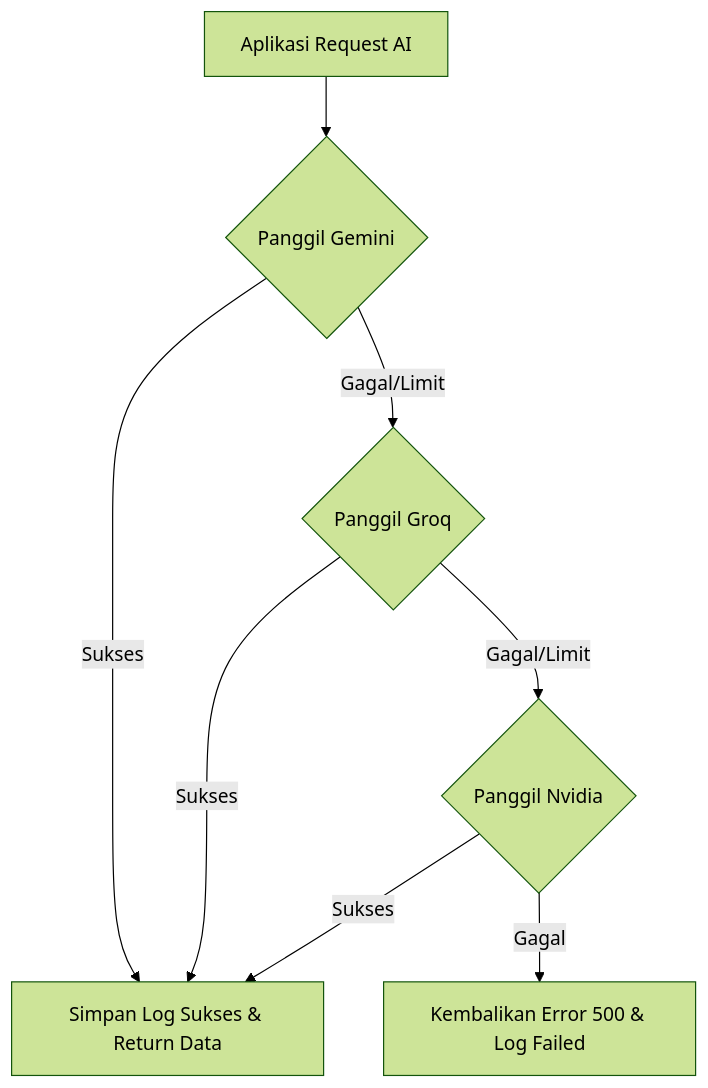
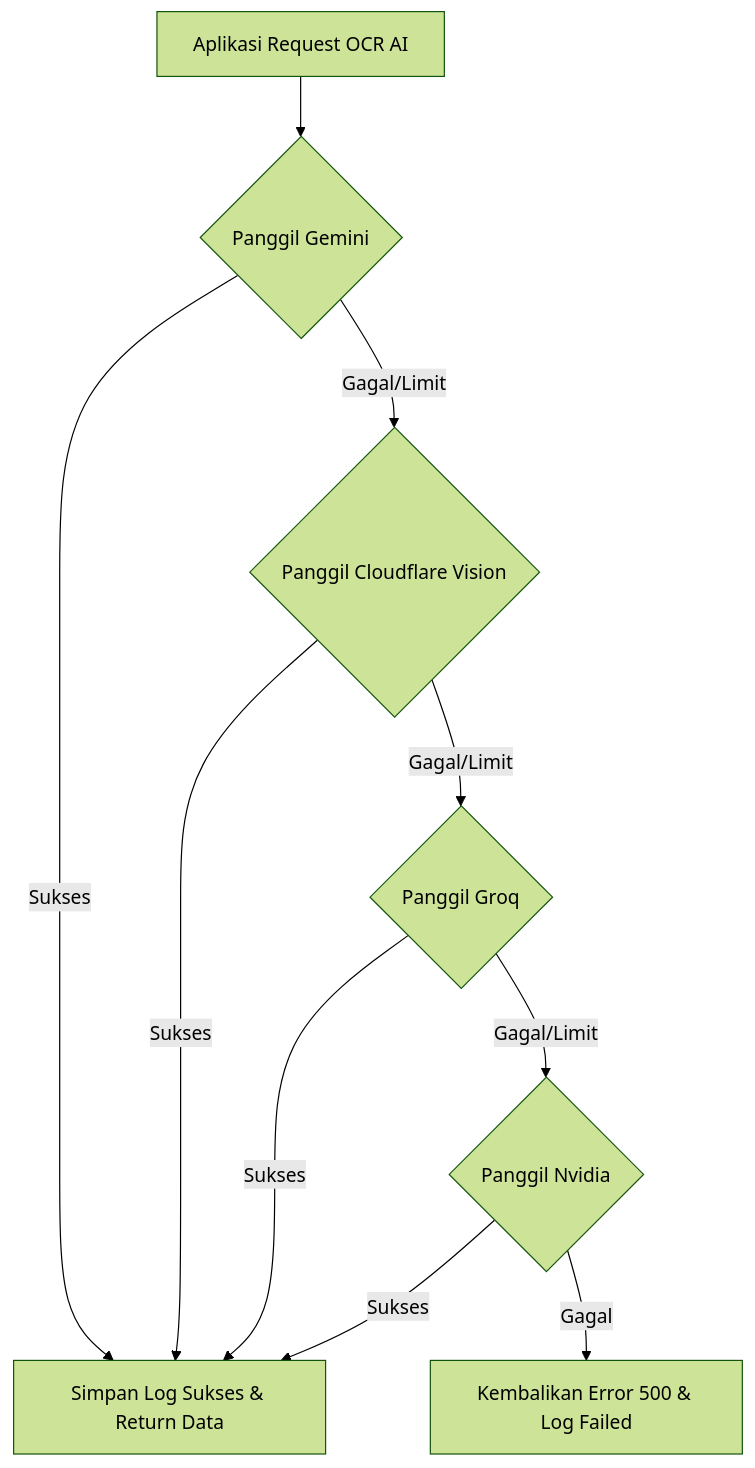
Before and after one commit to itzluthfi/KEUANGANKU: the second of 2 diagrams in README.md, drawn with Mermaid (forest theme). The commit also changed other lines of this file, not shown here.

Commit message:
Update root README.md to document Cerebras and Cloudflare Workers AI integration

````diff
--- a/README.md
+++ b/README.md
@@ -104,10 +125,12 @@
 ```mermaid
 graph TD
-    A[Aplikasi Request AI] --> B{Panggil Gemini}
+    A[Aplikasi Request OCR AI] --> B{Panggil Gemini}
     B -- Sukses --> C[Simpan Log Sukses & Return Data]
-    B -- Gagal/Limit --> D{Panggil Groq}
+    B -- Gagal/Limit --> D{Panggil Cloudflare Vision}
     D -- Sukses --> C
-    D -- Gagal/Limit --> E{Panggil Nvidia}
+    D -- Gagal/Limit --> E{Panggil Groq}
     E -- Sukses --> C
-    E -- Gagal --> F[Kembalikan Error 500 & Log Failed]
+    E -- Gagal/Limit --> F{Panggil Nvidia}
+    F -- Sukses --> C
+    F -- Gagal --> G[Kembalikan Error 500 & Log Failed]
 ```
````
